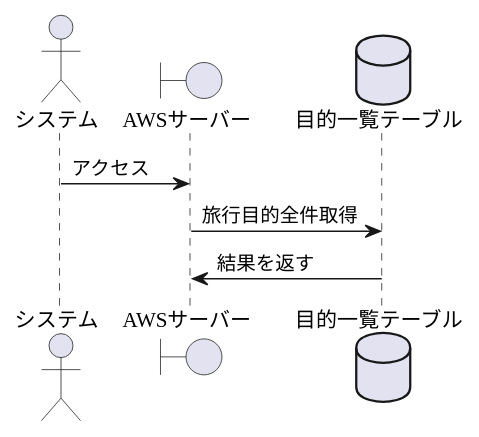
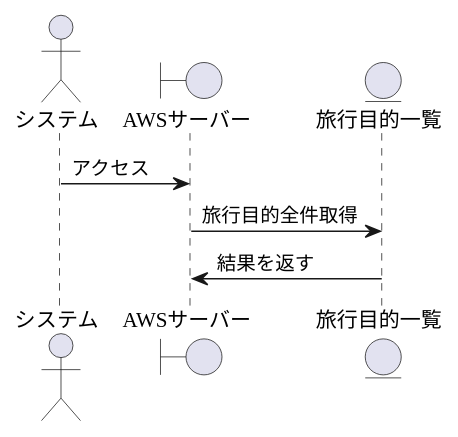
The diagram in 設計書/シーケンス図/済：システム2：目的一覧をDBから取得する.pu (teamack20172020/sotukenTest), drawn with PlantUML before and after one commit.

Commit message:
目的一覧をDBから取得するのシーケンス図修正

```diff
--- a/設計書/シーケンス図/済：システム2：目的一覧をDBから取得する.pu
+++ b/設計書/シーケンス図/済：システム2：目的一覧をDBから取得する.pu
@@ -1,13 +1,13 @@
 @startuml
 
 actor システム
 
 boundary AWSサーバー
 
-database 目的一覧テーブル as DB
+entity 旅行目的一覧
 
 システム -> AWSサーバー : アクセス
-AWSサーバー -> DB : 旅行目的全件取得
-AWSサーバー <- DB : 結果を返す
+AWSサーバー -> 旅行目的一覧 : 旅行目的全件取得
+AWSサーバー <- 旅行目的一覧 : 結果を返す
 
 @enduml
```
